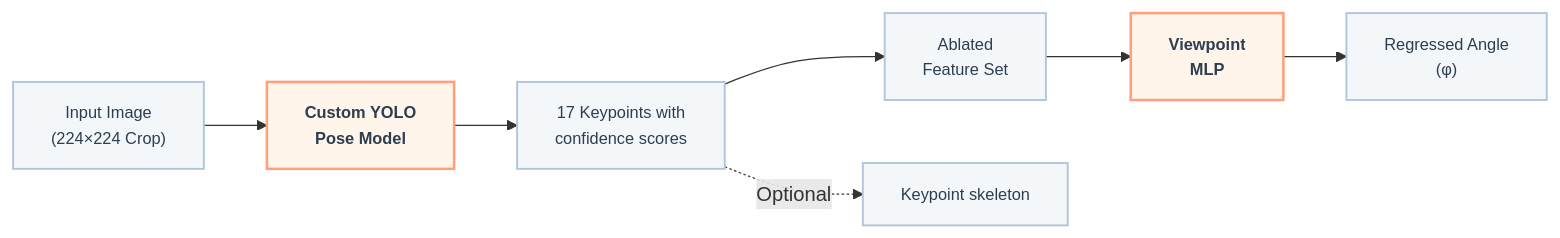
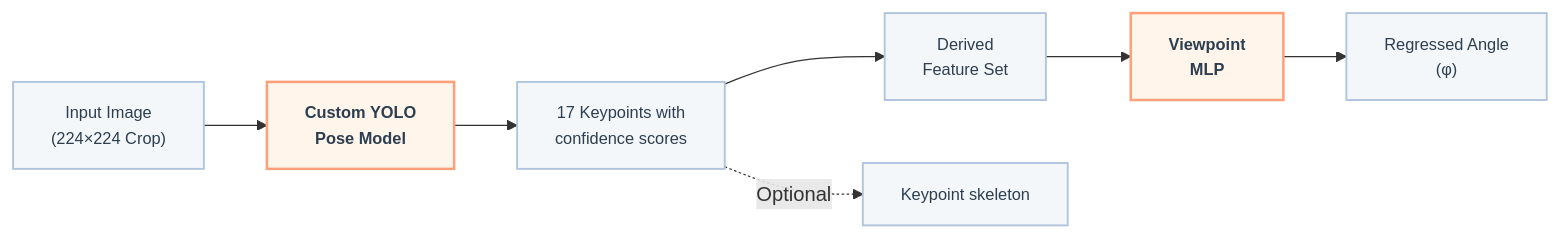
The diagram in README.md (robot-perception-group/viewpoint-estimation), drawn with Mermaid before and after one commit. The commit also changed other lines of this file, not shown here.

````diff
--- a/README.md
+++ b/README.md
@@ -16,25 +15,25 @@
 ```mermaid
 
 graph LR
     %% Style Definitions
     classDef data fill:#f4f7fa,stroke:#b0c4de,stroke-width:1.5px,color:#2c3e50,font-size:13px;
     classDef module fill:#fff5eb,stroke:#ffa07a,stroke-width:2px,stroke-dasharray: 0,color:#2c3e50,font-weight:bold,font-size:13px;
 
     %% Nodes
     A["Input Image<br>(224×224 Crop)"]:::data
     B["Custom YOLO<br>Pose Model"]:::module
     C["17 Keypoints with<br>confidence scores"]:::data
-    D["Ablated<br>Feature Set"]:::data
+    D["Derived<br>Feature Set"]:::data
     E["Viewpoint<br>MLP"]:::module
     F["Regressed Angle<br>(φ)"]:::data
     G["Keypoint skeleton"]:::data
 
     %% Connections
     A --> B
     B --> C
     C --> D
     D --> E
     E --> F
     C -. Optional  .-> G
 
 ```
````
